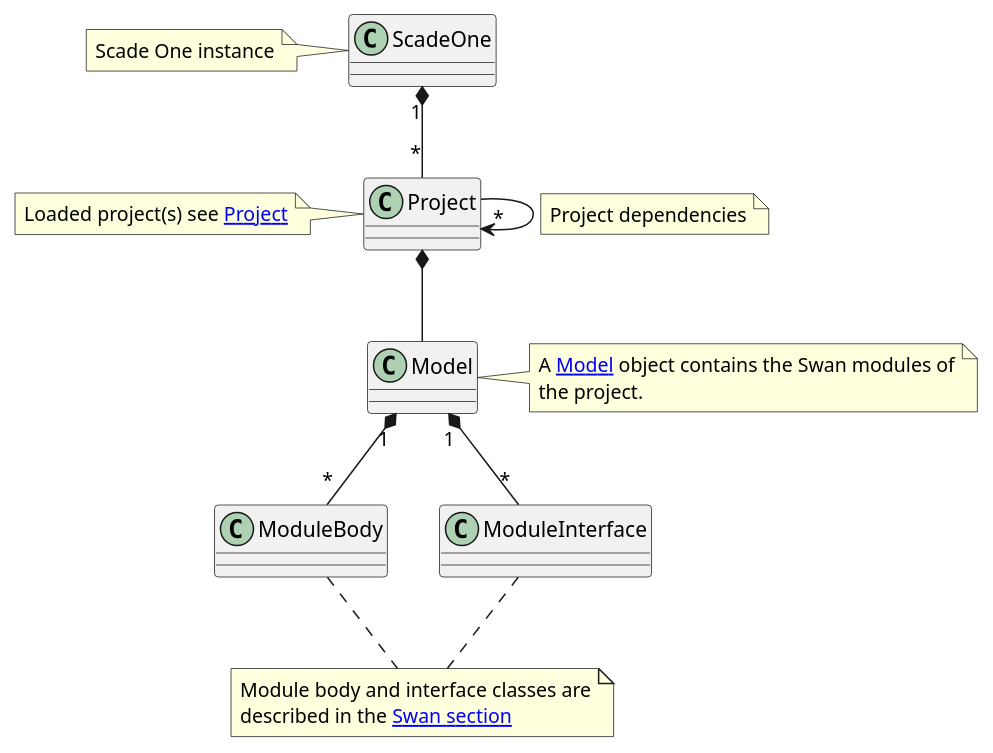
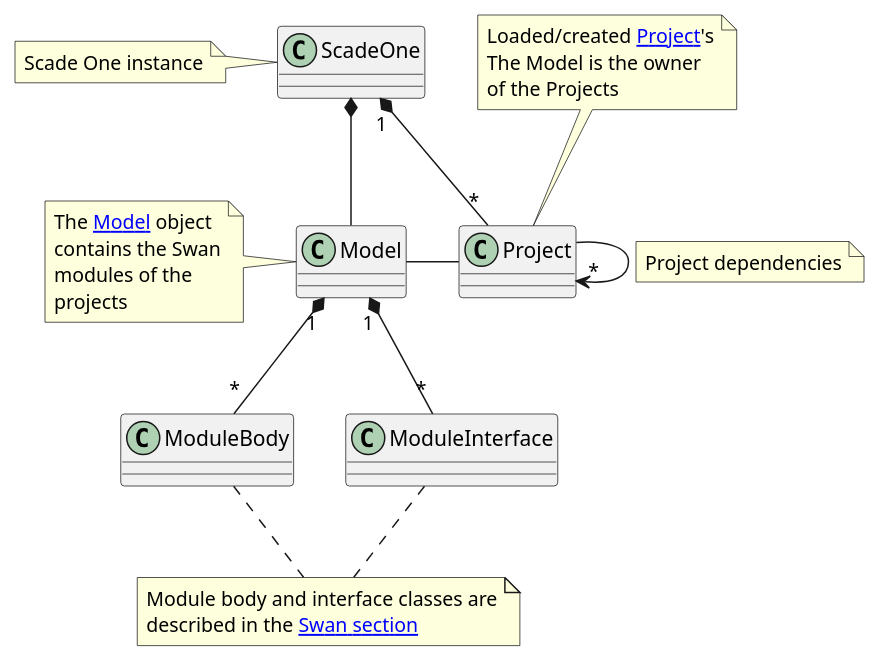
One commit to ansys/pyscadeone changed the diagram in doc/source/user_guide/overview.puml. Above: the diagram before and after it, drawn with PlantUML. The commit also changed 211 other files, not shown here.

```diff
--- a/doc/source/user_guide/overview.puml
+++ b/doc/source/user_guide/overview.puml
@@ -1,35 +1,42 @@
-@startuml 
+@startuml
 ' ScadeOne overview
+
+
 
 ScadeOne "1" *-- "*" Project
 
 note left of ScadeOne
 Scade One instance
 end note
 
-note left of Project
-Loaded project(s) see [[/api/project.html Project]]
+note top of Project
+Loaded/created [[/api/project.html Project]]'s
+The Model is the owner
+of the Projects
 end note
 Project --> "*" Project
 note right on link
 Project dependencies
 end note
 
-Project *-- Model
-note right of Model
-A [[/api/model.html Model]] object contains the Swan modules of
-the project.
+ScadeOne *-- Model
+note left of Model
+The [[/api/model.html Model]] object
+contains the Swan
+modules of the 
+projects
 end note
+
+Project -left- Model
 
 Model "1" *-- "*" ModuleBody
 Model "1" *-- "*" ModuleInterface
 
 note as ModuleNote
 Module body and interface classes are
 described in the [[/api/language Swan section]]
 end note
 
 ModuleBody .. ModuleNote
 ModuleInterface .. ModuleNote
-
 @enduml
```
